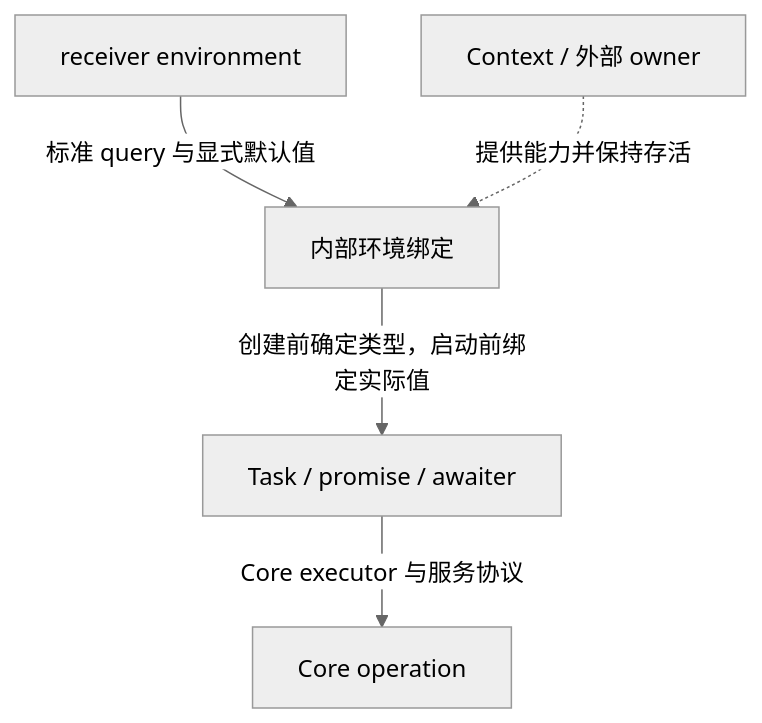
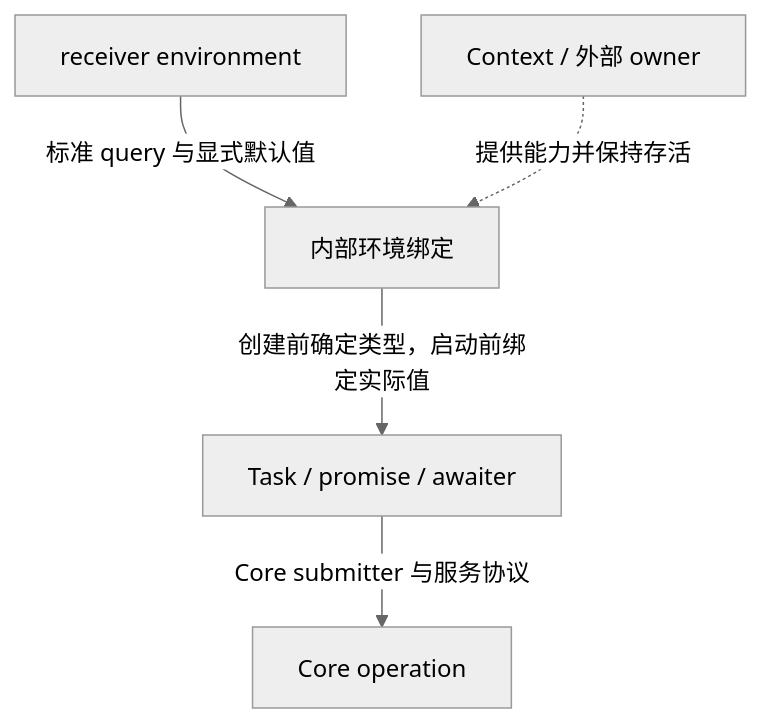
Before and after one commit to mmmmmcree/async: the second of 3 diagrams in CORE_DESIGN.md, drawn with Mermaid (neutral theme). The commit also changed other lines of this file and 35 other files, not shown here.

````diff
--- a/CORE_DESIGN.md
+++ b/CORE_DESIGN.md
@@ -820,7 +568,7 @@
 ```mermaid
 flowchart TD
     R["receiver environment"] -->|"标准 query 与显式默认值"| B["内部环境绑定"]
     B -->|"创建前确定类型，启动前绑定实际值"| T["Task / promise / awaiter"]
-    T -->|"Core executor 与服务协议"| O["Core operation"]
+    T -->|"Core submitter 与服务协议"| O["Core operation"]
     C["Context / 外部 owner"] -.->|"提供能力并保持存活"| B
 ```
````
